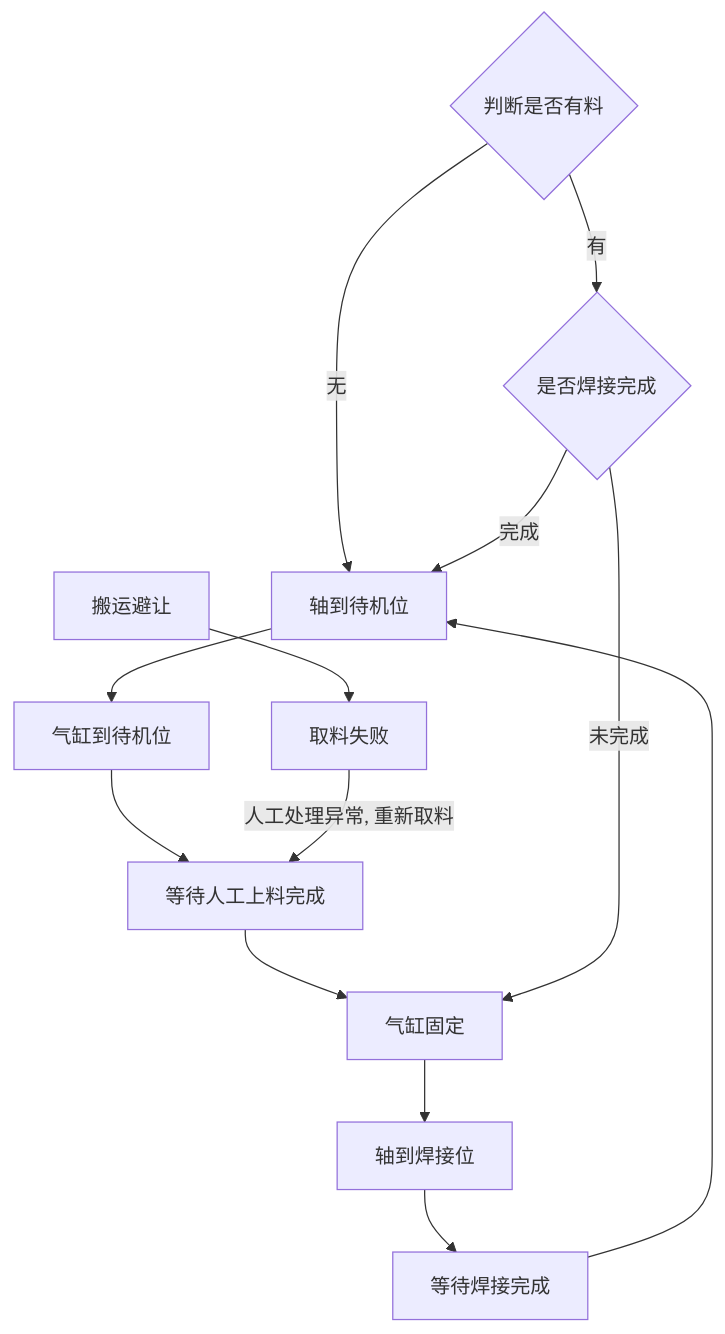
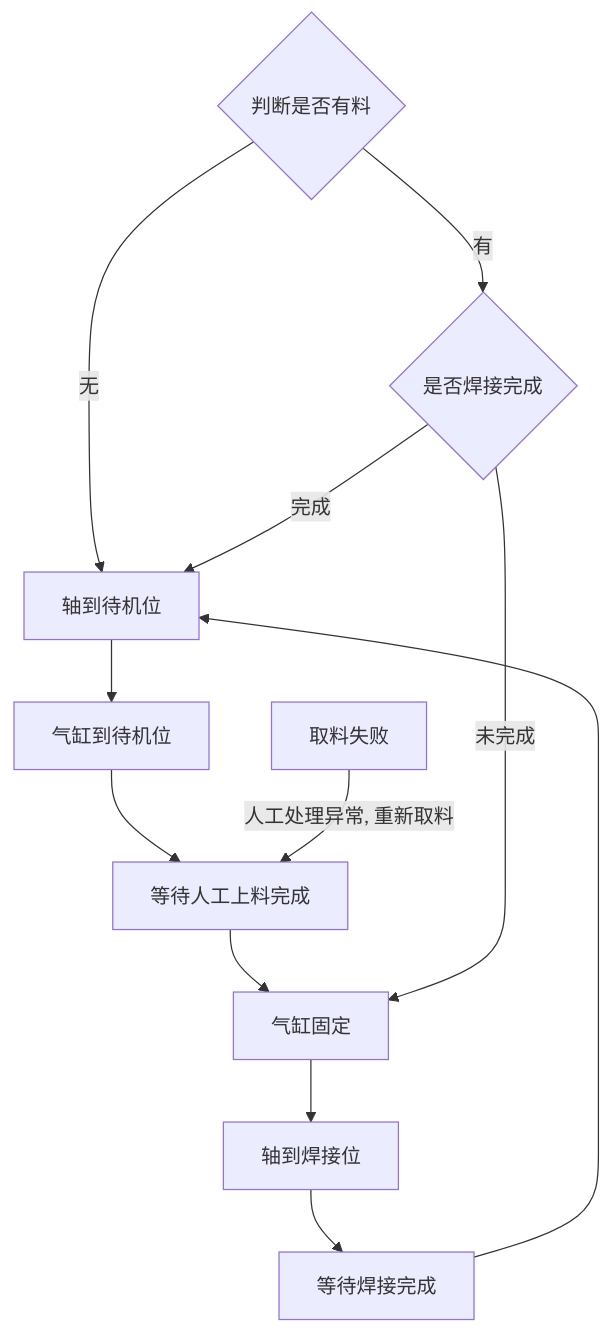
Before and after one commit to PengKun1/iodraw-files: the diagram in all/OP10 上料工位自动流程.md, drawn with Mermaid.

Commit message:
2024-08-02 11:01:48 update

````diff
--- a/all/OP10 上料工位自动流程.md
+++ b/all/OP10 上料工位自动流程.md
@@ -1,20 +1,17 @@
 ```mermaid
 graph TD
 10{判断是否有料}-->|无|20
 10-->|有|100
 20[轴到待机位]-->30
 30[气缸到待机位]-->40
 40[等待人工上料完成]-->50
 50[气缸固定]-->60
 60[轴到焊接位]-->70
 70[等待焊接完成]-->20
 
 100{是否焊接完成}-->|完成|20
 100-->|未完成|50
 
 
-
-90[搬运避让]-->900
-
 900[取料失败]-->|人工处理异常, 重新取料|40
 ```
````
